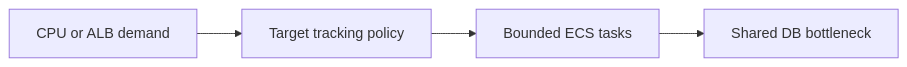
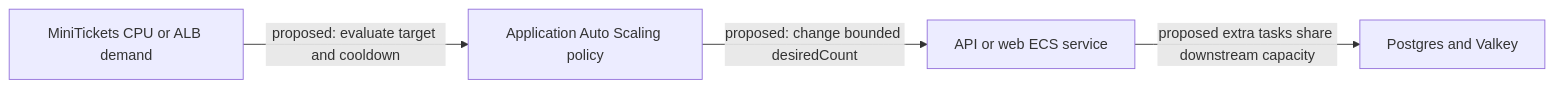
The diagram in docs/handbook/concepts/autoscaling.md (maheshnd/minitickets), drawn with Mermaid before and after one commit. The commit also changed other lines of this file and 119 other files, not shown here.

````diff
--- a/docs/handbook/concepts/autoscaling.md
+++ b/docs/handbook/concepts/autoscaling.md
@@ -17,7 +19,6 @@
 ```mermaid
 flowchart LR
-    n0["CPU or ALB demand"] --> n1
-    n1["Target tracking policy"] --> n2
-    n2["Bounded ECS tasks"] --> n3
-    n3["Shared DB bottleneck"]
+    M["MiniTickets CPU or ALB demand"] -->|"proposed: evaluate target and cooldown"| P["Application Auto Scaling policy"]
+    P -->|"proposed: change bounded desiredCount"| E["API or web ECS service"]
+    E -->|"proposed extra tasks share downstream capacity"| D["Postgres and Valkey"]
 ```
````
